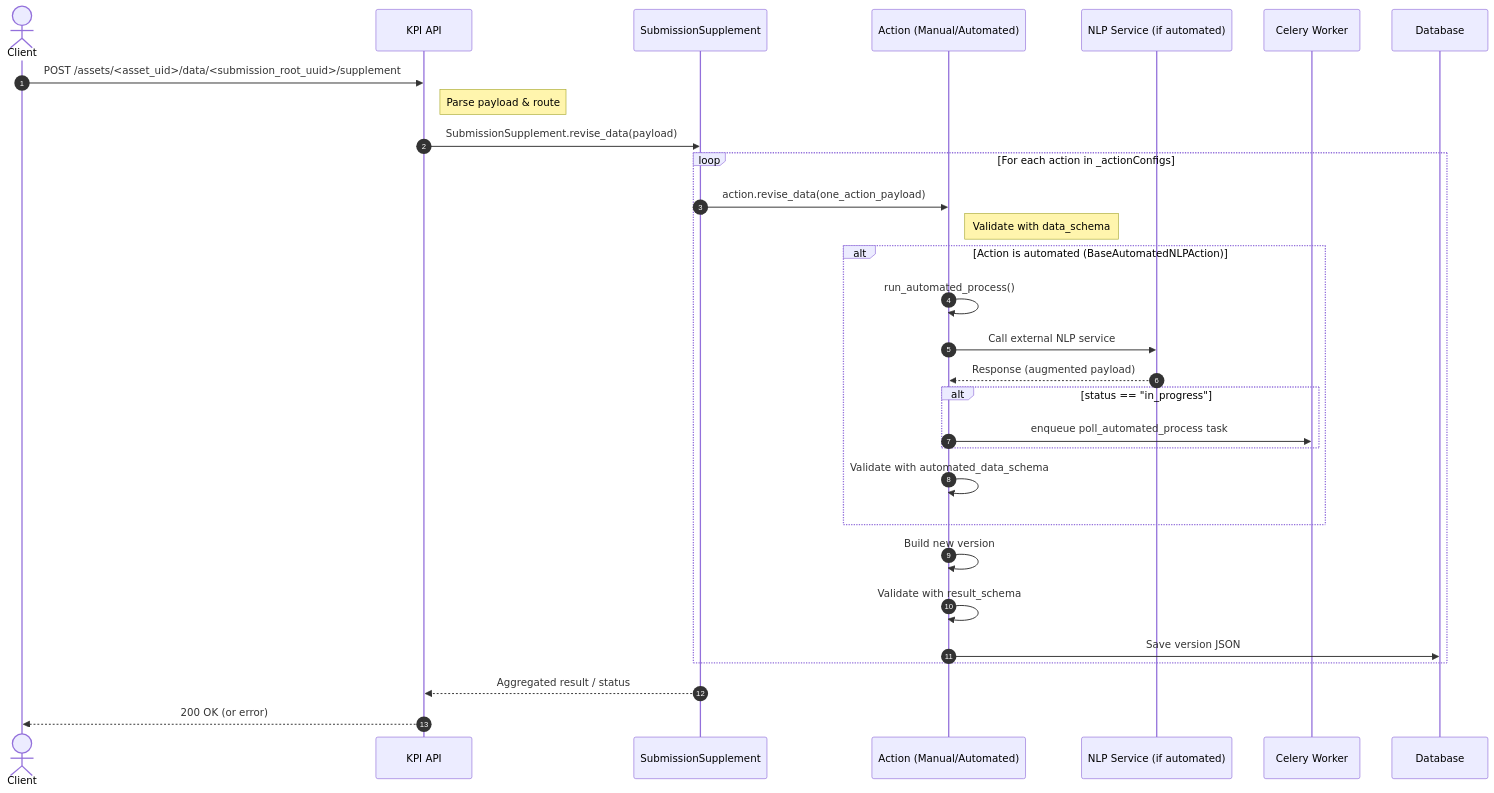
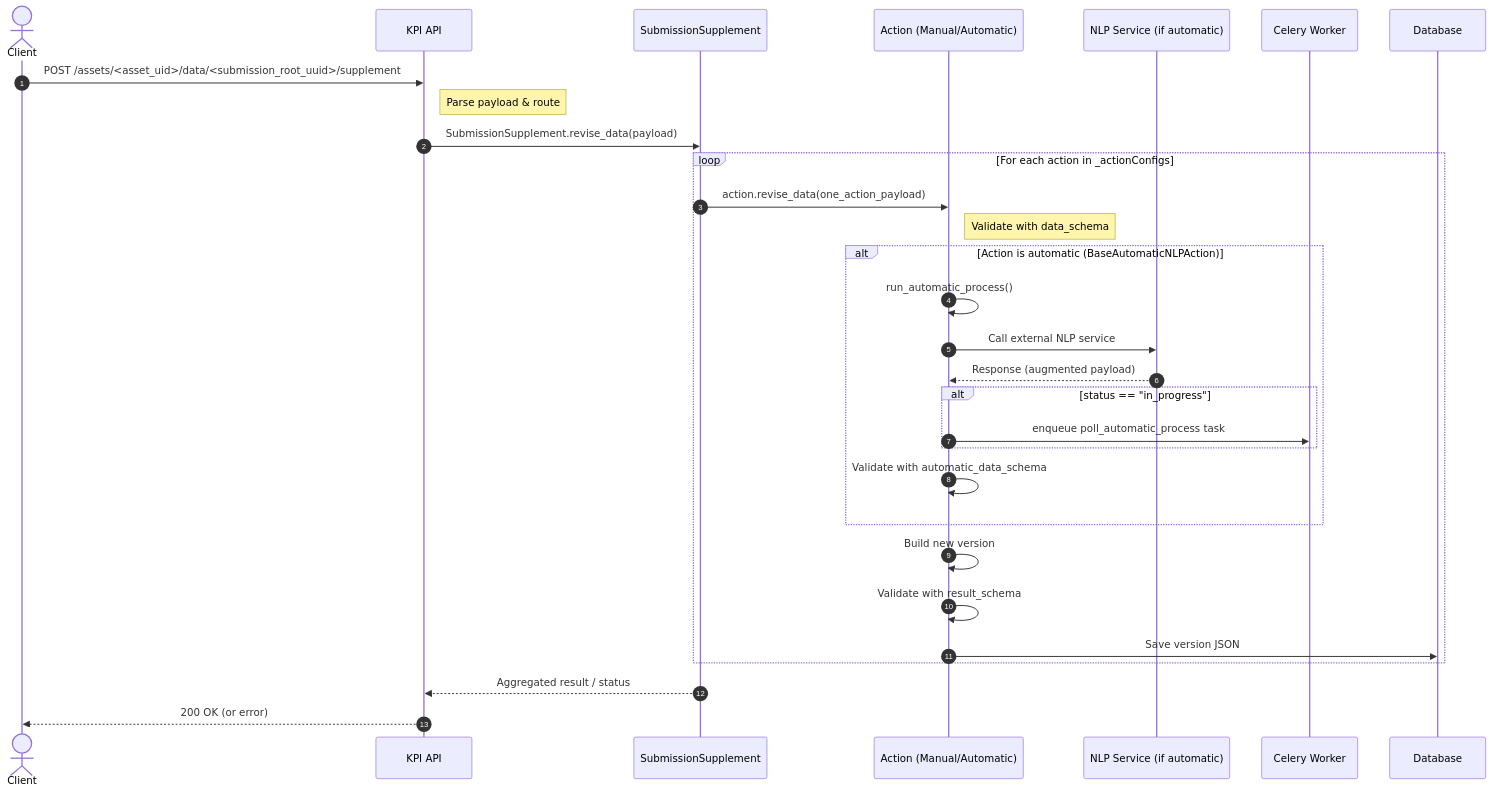
The second of 3 diagrams in kobo/apps/subsequences/README.md (kobotoolbox/kpi), drawn with Mermaid before and after one commit. The commit also changed other lines of this file and 14 other files, not shown here.

Commit message:
refactor(subsequences): replace automated with automatic

````diff
--- a/kobo/apps/subsequences/README.md
+++ b/kobo/apps/subsequences/README.md
@@ -169,38 +169,38 @@
 ```mermaid
 sequenceDiagram
 autonumber
 actor Client
 participant API as KPI API
 participant SS as SubmissionSupplement
-participant Action as Action (Manual/Automated)
-participant Ext as NLP Service (if automated)
+participant Action as Action (Manual/Automatic)
+participant Ext as NLP Service (if automatic)
 participant Celery as Celery Worker
 participant DB as Database
 
 Client->>API: POST /assets/<asset_uid>/data/<submission_root_uuid>/supplement
 Note right of API: Parse payload & route
 
 API->>SS: SubmissionSupplement.revise_data(payload)
 
 loop For each action in _actionConfigs
   SS->>Action: action.revise_data(one_action_payload)
   Note right of Action: Validate with data_schema
 
-  alt Action is automated (BaseAutomatedNLPAction)
-    Action->>Action: run_automated_process()
+  alt Action is automatic (BaseAutomaticNLPAction)
+    Action->>Action: run_automatic_process()
     Action->>Ext: Call external NLP service
     Ext-->>Action: Response (augmented payload)
     alt status == "in_progress"
-      Action->>Celery: enqueue poll_automated_process task
+      Action->>Celery: enqueue poll_automatic_process task
     end
-    Action->>Action: Validate with automated_data_schema
+    Action->>Action: Validate with automatic_data_schema
   end
 
   Action->>Action: Build new version
   Action->>Action: Validate with result_schema
   Action->>DB: Save version JSON
 end
 
 SS-->>API: Aggregated result / status
 API-->>Client: 200 OK (or error)
 ```
````
